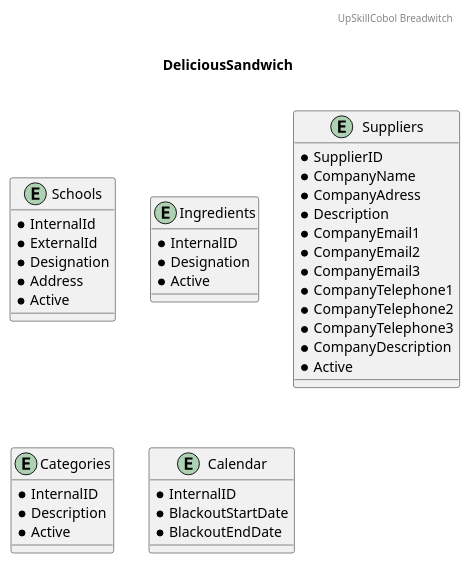
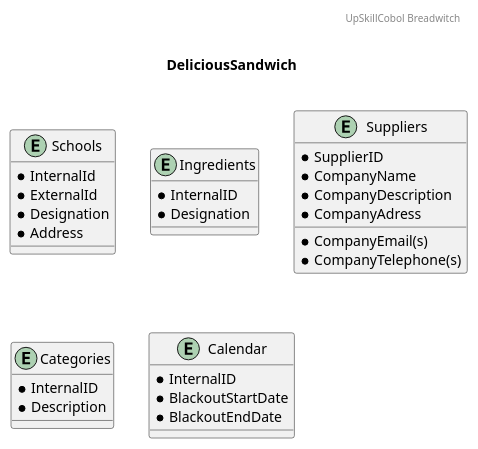
One commit to UpSkillCobol/lab2 changed the diagram in Part2/documentation/Diagrams PUML/ER_DeliciousSandwich.puml. Above: the diagram before and after it, drawn with PlantUML.

Commit message:
Update ER_DeliciousSandwich.puml
Update to remove active from the chart.
@cscosta95 @diogooslima @jpsfernandes @lopesnext3

```diff
--- a/Part2/documentation/Diagrams PUML/ER_DeliciousSandwich.puml
+++ b/Part2/documentation/Diagrams PUML/ER_DeliciousSandwich.puml
@@ -1,50 +1,41 @@
 @startuml
 header
 UpSkillCobol Breadwitch
 endheader
 
 title \nDeliciousSandwich\n
 /' This is a Logical data model - see the level of details '/
 
 entity Schools {
   * InternalId
   * ExternalId
   * Designation
   * Address
-  * Active
 }
 
 entity Ingredients {
   * InternalID
   * Designation
-  * Active
 }
 
 entity Suppliers {
   * SupplierID
   * CompanyName
+  * CompanyDescription
   * CompanyAdress
-  * Description
-  * CompanyEmail1
-  * CompanyEmail2
-  * CompanyEmail3
-  * CompanyTelephone1
-  * CompanyTelephone2
-  * CompanyTelephone3
-  * CompanyDescription
-  * Active
+  * CompanyEmail(s)
+  * CompanyTelephone(s)
 }
 
 entity Categories {
   * InternalID
   * Description
-  * Active
 }
 
 entity Calendar {
   * InternalID
   * BlackoutStartDate
   * BlackoutEndDate
 }
 
 @enduml
```
